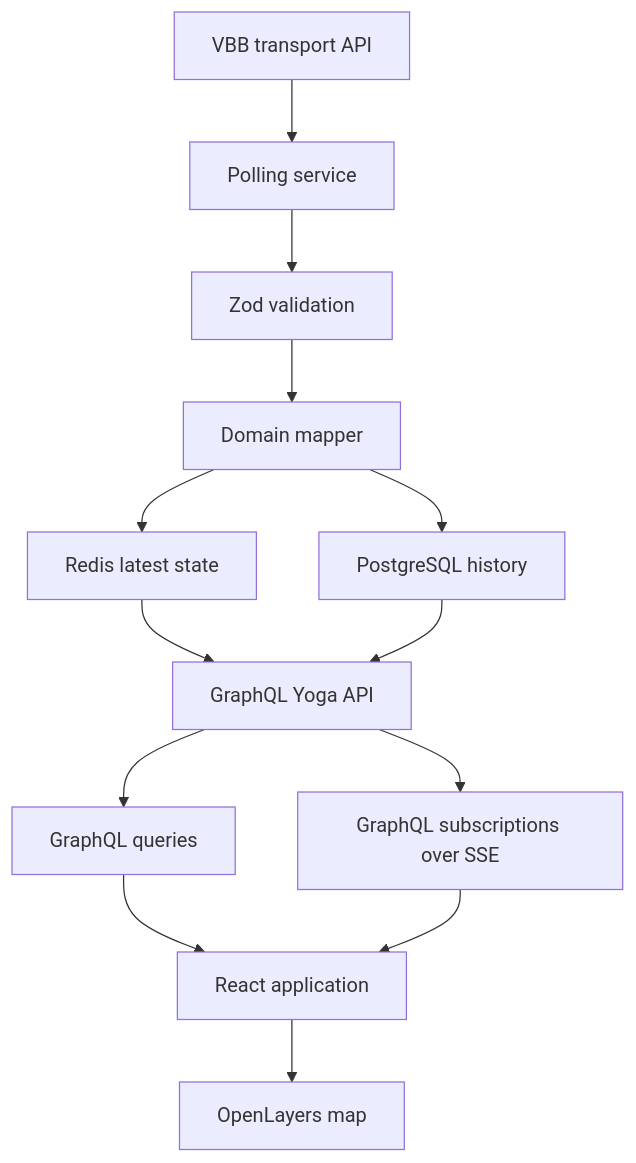
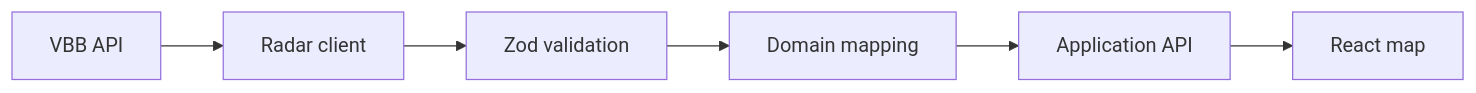
The diagram in README.md (Shushovan015/Berlin-Transit-live), drawn with Mermaid before and after one commit. The commit also changed other lines of this file, not shown here.

````diff
--- a/README.md
+++ b/README.md
@@ -72,15 +53,8 @@
 ```mermaid
-flowchart TD
-    VBB["VBB transport API"] --> Poller["Polling service"]
-    Poller --> Validation["Zod validation"]
-    Validation --> Mapper["Domain mapper"]
-    Mapper --> Cache["Redis latest state"]
-    Mapper --> Database["PostgreSQL history"]
-    Cache --> API["GraphQL Yoga API"]
-    Database --> API
-    API --> Queries["GraphQL queries"]
-    API --> Stream["GraphQL subscriptions over SSE"]
-    Queries --> Web["React application"]
-    Stream --> Web
-    Web --> Map["OpenLayers map"]
+flowchart LR
+    VBB["VBB API"] --> Fetch["Radar client"]
+    Fetch --> Validate["Zod validation"]
+    Validate --> Map["Domain mapping"]
+    Map --> API["Application API"]
+    API --> UI["React map"]
 ```
````
